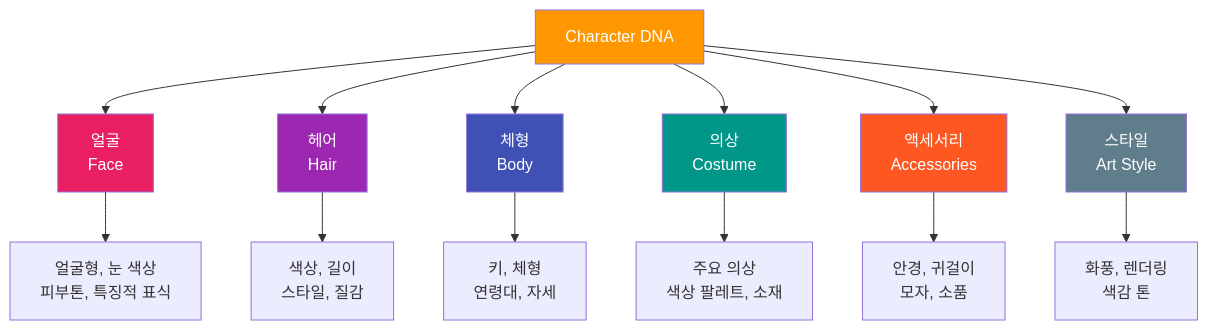
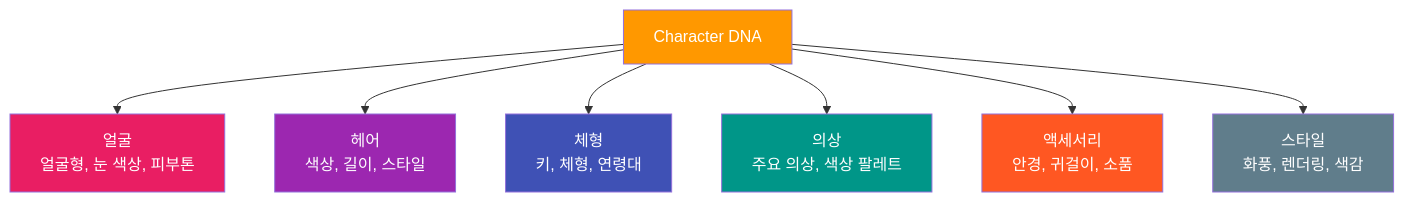
One commit to jsonpassion/forge-tutorial-promptcanvas changed the second of 3 diagrams in 08-ch8-캐릭터브랜드-스타일-일관성-유지/01-01-캐릭터-일관성의-도전과-전략.md. Above: the diagram before and after it, drawn with Mermaid. The commit also changed other lines of this file and 63 other files, not shown here.

````diff
--- a/08-ch8-캐릭터브랜드-스타일-일관성-유지/01-01-캐릭터-일관성의-도전과-전략.md
+++ b/08-ch8-캐릭터브랜드-스타일-일관성-유지/01-01-캐릭터-일관성의-도전과-전략.md
@@ -80,24 +42,17 @@
 ```mermaid
 graph TD
-    DNA["Character DNA"] --> F["얼굴<br/>Face"]
-    DNA --> H["헤어<br/>Hair"]
-    DNA --> B["체형<br/>Body"]
-    DNA --> C["의상<br/>Costume"]
-    DNA --> A["액세서리<br/>Accessories"]
-    DNA --> S["스타일<br/>Art Style"]
-
-    F --> F1["얼굴형, 눈 색상<br/>피부톤, 특징적 표식"]
-    H --> H1["색상, 길이<br/>스타일, 질감"]
-    B --> B1["키, 체형<br/>연령대, 자세"]
-    C --> C1["주요 의상<br/>색상 팔레트, 소재"]
-    A --> A1["안경, 귀걸이<br/>모자, 소품"]
-    S --> S1["화풍, 렌더링<br/>색감 톤"]
+    DNA["Character DNA"] --> F["얼굴<br/>얼굴형, 눈 색상, 피부톤"]
+    DNA --> H["헤어<br/>색상, 길이, 스타일"]
+    DNA --> B["체형<br/>키, 체형, 연령대"]
+    DNA --> C["의상<br/>주요 의상, 색상 팔레트"]
+    DNA --> A["액세서리<br/>안경, 귀걸이, 소품"]
+    DNA --> S["스타일<br/>화풍, 렌더링, 색감"]
 
     style DNA fill:#FF9800,color:#fff
     style F fill:#E91E63,color:#fff
     style H fill:#9C27B0,color:#fff
     style B fill:#3F51B5,color:#fff
     style C fill:#009688,color:#fff
     style A fill:#FF5722,color:#fff
     style S fill:#607D8B,color:#fff
 ```
````
